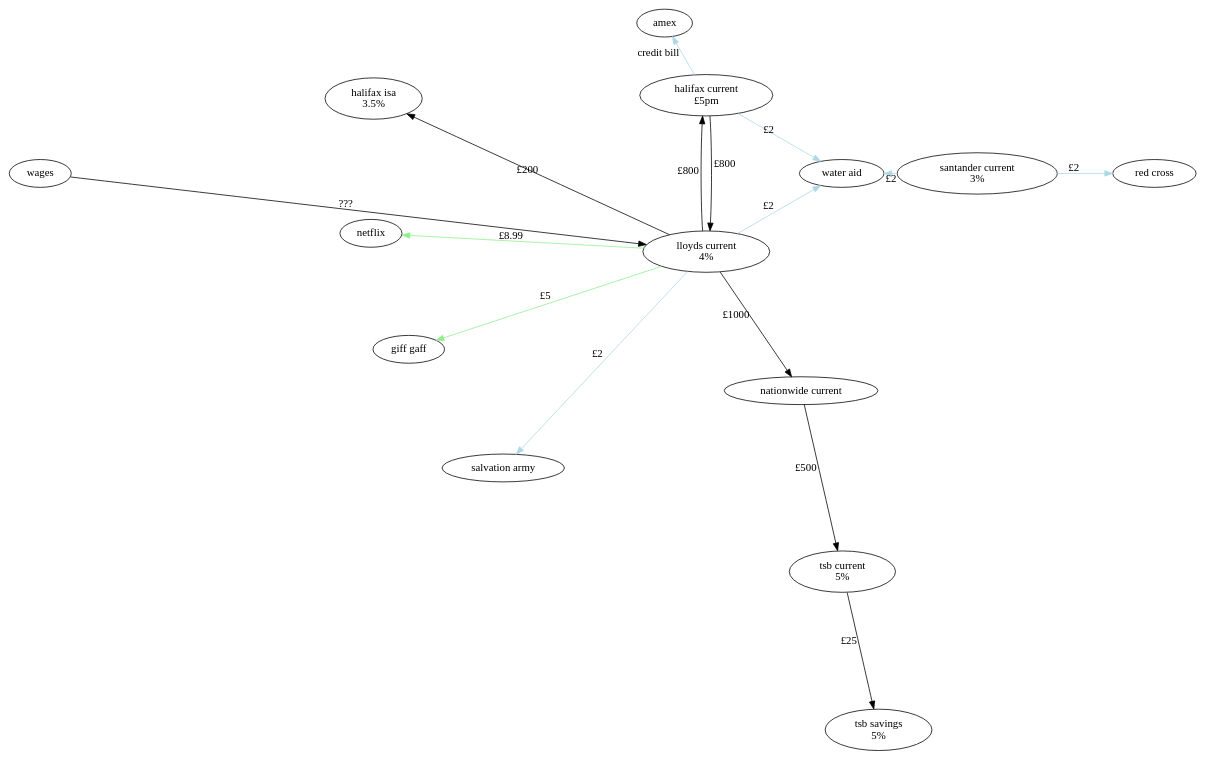
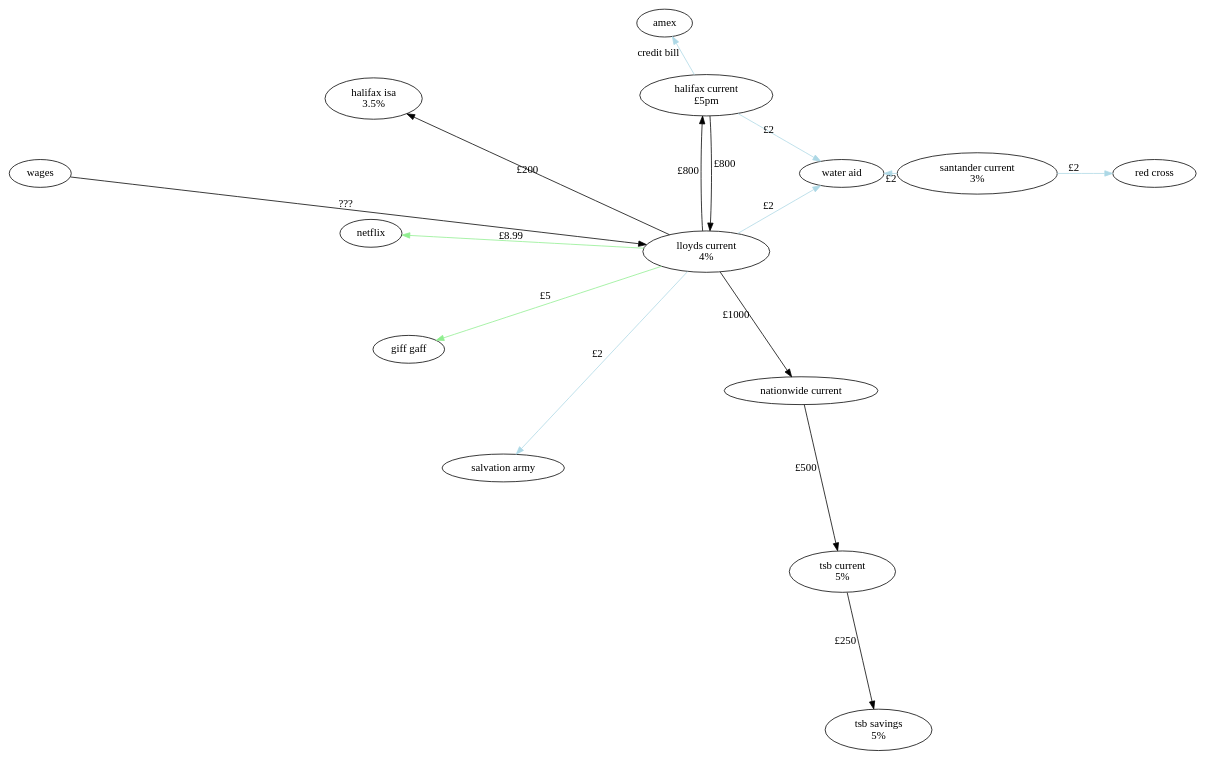
The diagram in diagram.dot (jsdelivrbot/bank-flow), drawn with Graphviz before and after one commit. The commit also changed 1 other file, not shown here.

Commit message:
update SO to TSB monthly saver

```diff
--- a/diagram.dot
+++ b/diagram.dot
@@ -1,34 +1,34 @@
 digraph "bank-flow" {
   layout = circo
 
   wages [width="1"];
   lloydsCurrent [label="lloyds current\n4%"];
   tsbCurrent [label="tsb current\n5%"];
   tsbSavings [label="tsb savings\n5%"];
   halifaxCurrent [label="halifax current\n£5pm"];
   halifaxIsa [label="halifax isa\n3.5%"];
   netflix;
   giffGaff [label="giff gaff"];
   santander [label="santander current\n3%"];
   salvationArmy [label="salvation army"];
   waterAid [label="water aid"];
   amex;
   redCross [label="red cross"];
   nationwideCurrent [label="nationwide current"];
 
   santander -> waterAid [color="lightblue", label="£2"];
   santander -> redCross [color="lightblue", label="£2"];
   wages -> lloydsCurrent [label="???"];
   lloydsCurrent -> netflix [color="lightgreen", label="£8.99"];
   lloydsCurrent -> giffGaff [color="lightgreen", label="£5"];
   lloydsCurrent -> salvationArmy [color="lightblue", label="£2"];
   lloydsCurrent -> waterAid [color="lightblue", label="£2"];
   lloydsCurrent -> halifaxCurrent [label="£800"];
   lloydsCurrent -> nationwideCurrent [label="£1000"];
   nationwideCurrent -> tsbCurrent [label="£500"];
   halifaxCurrent -> lloydsCurrent [label="£800"];
   lloydsCurrent -> halifaxIsa [label="£200"];
-  tsbCurrent -> tsbSavings [label="£25"];
+  tsbCurrent -> tsbSavings [label="£250"];
   halifaxCurrent -> waterAid [color="lightblue", label="£2"];
   halifaxCurrent -> amex [color="lightblue", label="credit bill"];
 }
```
